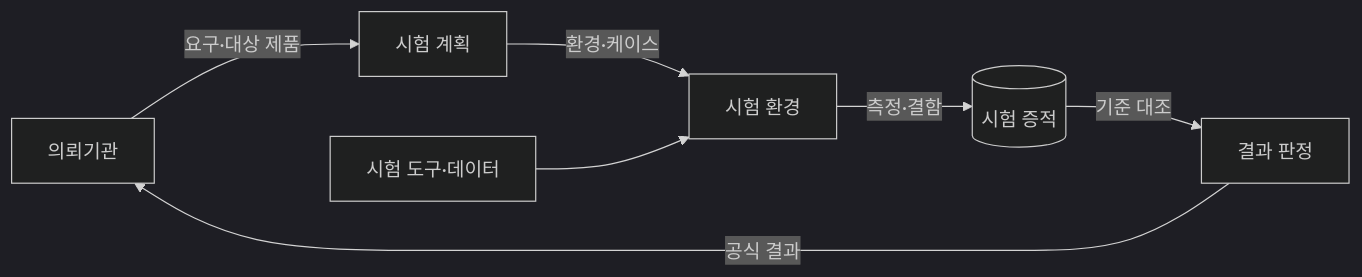
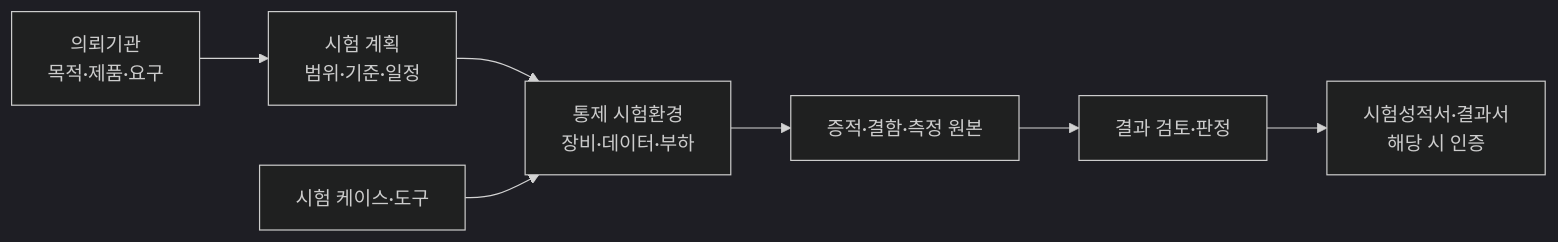
The first of 2 diagrams in src/content/docs/notes/03-software/186_tta_sw_quality_test.md (agnusdei1207/knowledge-base), drawn with Mermaid (dark theme) before and after one commit. The commit also changed other lines of this file and 12 other files, not shown here.

````diff
--- a/src/content/docs/notes/03-software/186_tta_sw_quality_test.md
+++ b/src/content/docs/notes/03-software/186_tta_sw_quality_test.md
@@ -50,9 +55,9 @@
 ```mermaid
 flowchart LR
-    C[의뢰기관] -->|요구·대상 제품| P[시험 계획]
-    P -->|환경·케이스| E[시험 환경]
-    T[시험 도구·데이터] --> E
-    E -->|측정·결함| R[(시험 증적)]
-    R -->|기준 대조| J[결과 판정]
-    J -->|공식 결과| C
+    C["의뢰기관<br/>목적·제품·요구"] --> P["시험 계획<br/>범위·기준·일정"]
+    P --> E["통제 시험환경<br/>장비·데이터·부하"]
+    T["시험 케이스·도구"] --> E
+    E --> R["증적·결함·측정 원본"]
+    R --> J["결과 검토·판정"]
+    J --> O["시험성적서·결과서<br/>해당 시 인증"]
 ```
````
